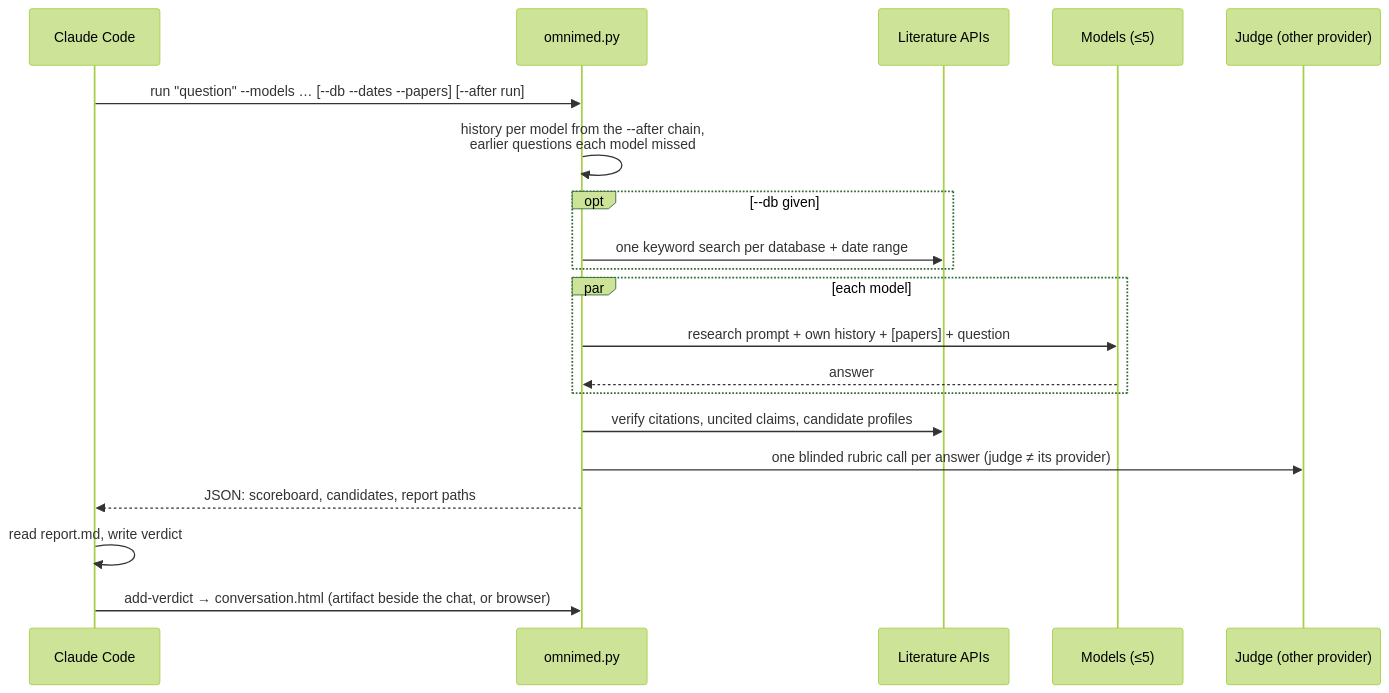
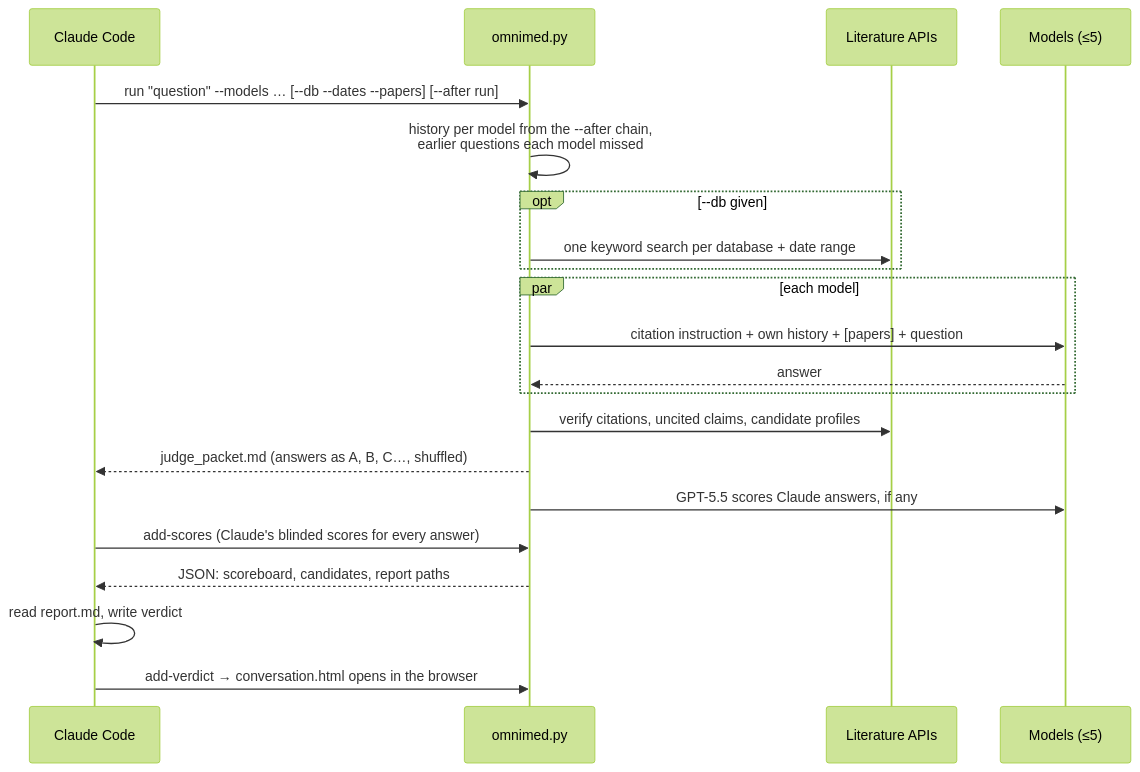
The third of 3 diagrams in docs/SYSTEM_DESIGN.md (chitrashensah/omnimed-skill), drawn with Mermaid (forest theme) before and after one commit. The commit also changed other lines of this file and 14 other files, not shown here.

Commit message:
0.2.4: latest preprints and test-first in the conclusion; citation check v8 (reference lists); models get peer-reviewed papers only

````diff
--- a/docs/SYSTEM_DESIGN.md
+++ b/docs/SYSTEM_DESIGN.md
@@ -72,23 +69,24 @@
 ```mermaid
 sequenceDiagram
     participant C as Claude Code
     participant O as omnimed.py
     participant L as Literature APIs
     participant M as Models (≤5)
-    participant J as Judge (other provider)
 
     C->>O: run "question" --models … [--db --dates --papers] [--after run]
     O->>O: history per model from the --after chain,<br/>earlier questions each model missed
     opt --db given
         O->>L: one keyword search per database + date range
     end
     par each model
-        O->>M: research prompt + own history + [papers] + question
+        O->>M: citation instruction + own history + [papers] + question
         M-->>O: answer
     end
     O->>L: verify citations, uncited claims, candidate profiles
-    O->>J: one blinded rubric call per answer (judge ≠ its provider)
+    O-->>C: judge_packet.md (answers as A, B, C…, shuffled)
+    O->>M: GPT-5.5 scores Claude answers, if any
+    C->>O: add-scores (Claude's blinded scores for every answer)
     O-->>C: JSON: scoreboard, candidates, report paths
     C->>C: read report.md, write verdict
-    C->>O: add-verdict → conversation.html (artifact beside the chat, or browser)
+    C->>O: add-verdict → conversation.html opens in the browser
 ```
````
